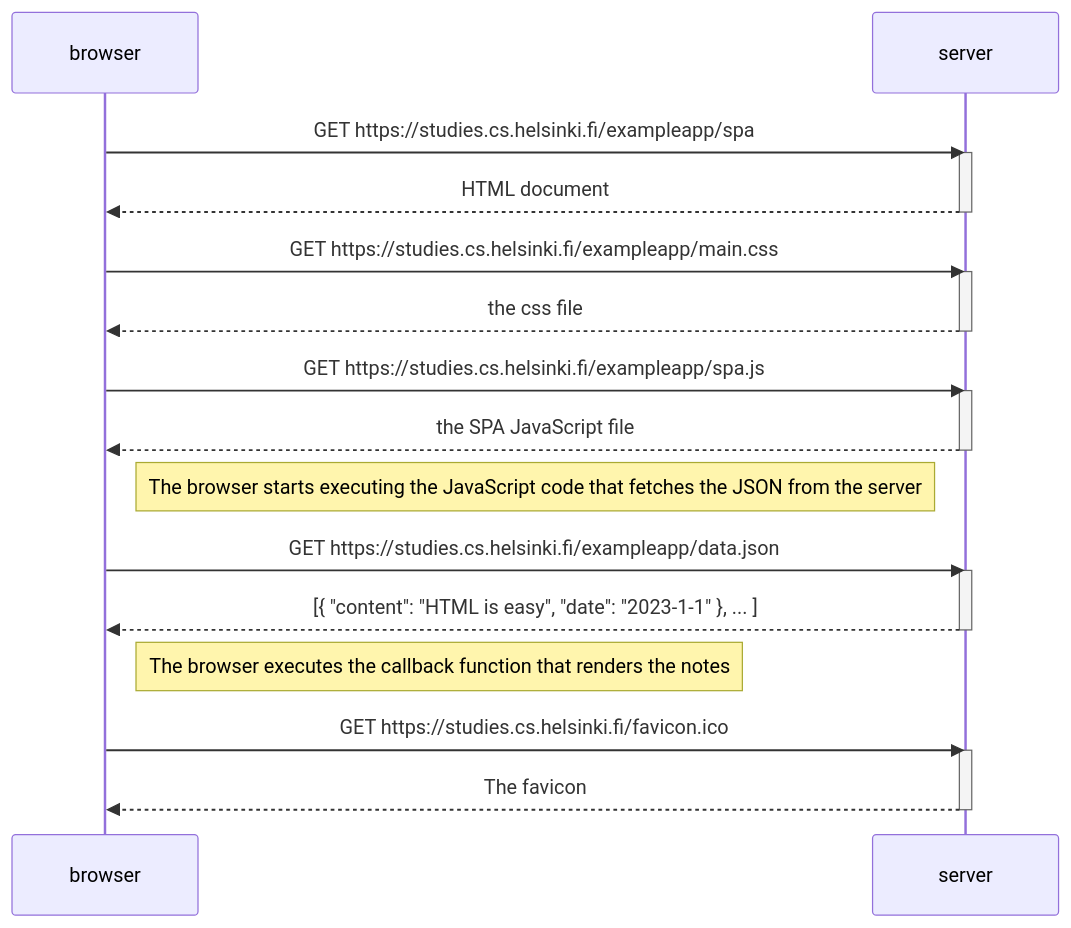
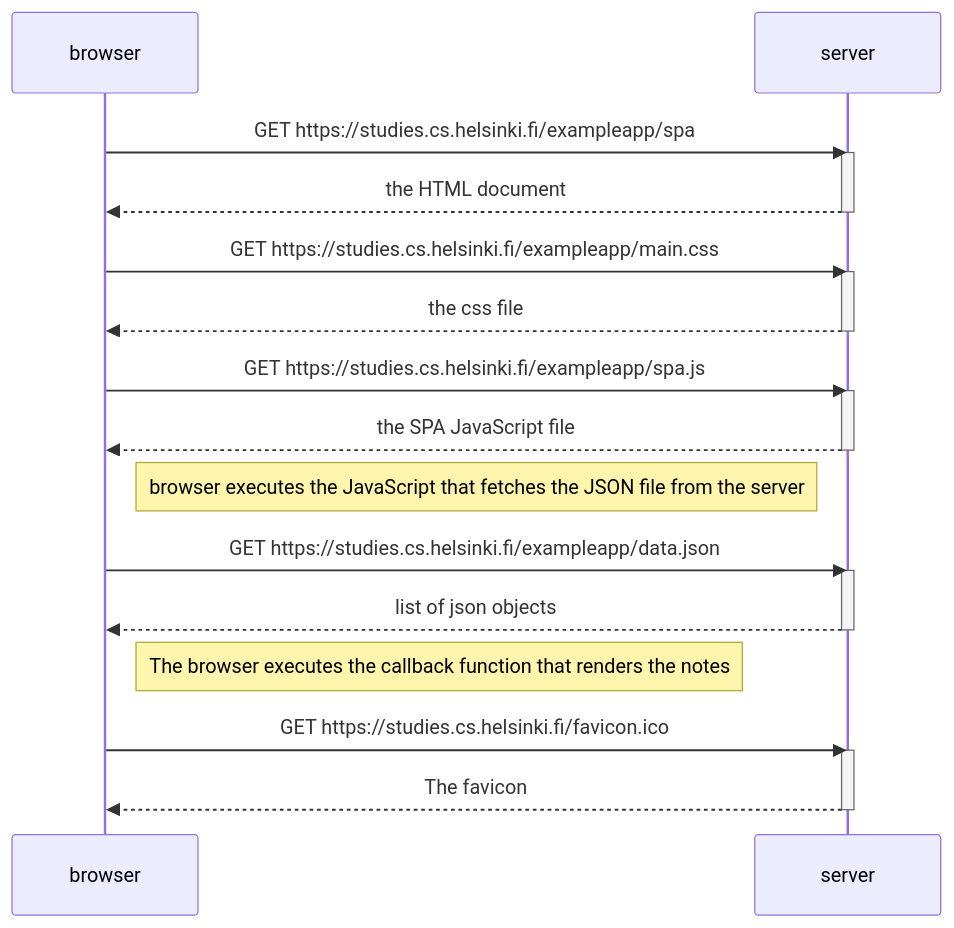
The diagram in part0/ex5.md (att-ar/fso), drawn with Mermaid before and after one commit.

````diff
--- a/part0/ex5.md
+++ b/part0/ex5.md
@@ -1,34 +1,34 @@
 ```mermaid
   sequenceDiagram
       participant browser
       participant server
 
       browser->>server: GET https://studies.cs.helsinki.fi/exampleapp/spa
       activate server
-      server-->>browser: HTML document
+      server-->>browser: the HTML document
       deactivate server
 
       browser->>server: GET https://studies.cs.helsinki.fi/exampleapp/main.css
       activate server
       server-->>browser: the css file
       deactivate server
 
       browser->>server: GET https://studies.cs.helsinki.fi/exampleapp/spa.js
       activate server
       server-->>browser: the SPA JavaScript file
       deactivate server
 
-      Note right of browser: The browser starts executing the JavaScript code that fetches the JSON from the server
+      Note right of browser: browser executes the JavaScript that fetches the JSON file from the server
 
       browser->>server: GET https://studies.cs.helsinki.fi/exampleapp/data.json
       activate server
-      server-->>browser: [{ "content": "HTML is easy", "date": "2023-1-1" }, ... ]
+      server-->>browser: list of json objects
       deactivate server
 
       Note right of browser: The browser executes the callback function that renders the notes
       
       browser->>server: GET https://studies.cs.helsinki.fi/favicon.ico
       activate server
       server-->>browser: The favicon
       deactivate server
 ```
````
